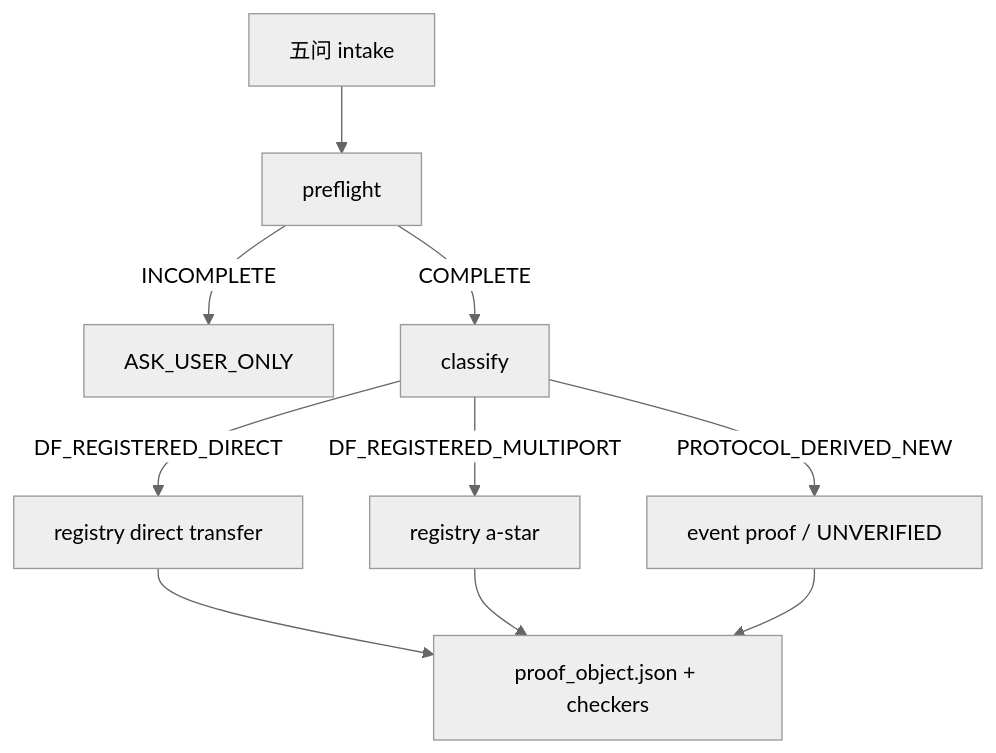
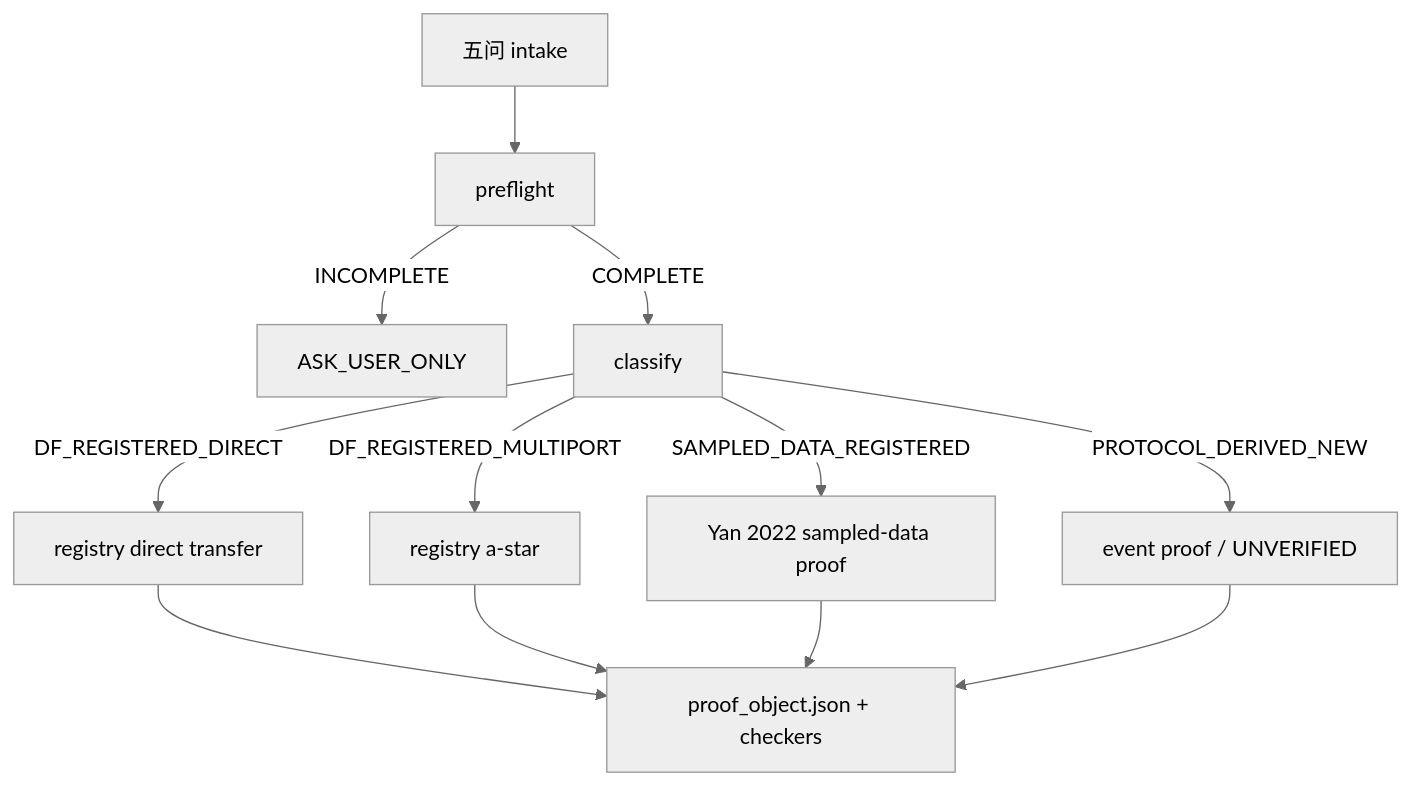
The diagram in README.md (Liuxd-1230/deriving-buck-df-transfer-functions), drawn with Mermaid (neutral theme) before and after one commit. The commit also changed other lines of this file and 81 other files, not shown here.

Commit message:
Add v0.4 Yan sampled-data registered path

````diff
--- a/README.md
+++ b/README.md
@@ -29,12 +31,14 @@
 ```mermaid
 flowchart TD
     A["五问 intake"] --> B["preflight"]
     B -->|INCOMPLETE| C["ASK_USER_ONLY"]
     B -->|COMPLETE| D["classify"]
     D -->|DF_REGISTERED_DIRECT| E["registry direct transfer"]
     D -->|DF_REGISTERED_MULTIPORT| F["registry a-star"]
+    D -->|SAMPLED_DATA_REGISTERED| S["Yan 2022 sampled-data proof"]
     D -->|PROTOCOL_DERIVED_NEW| G["event proof / UNVERIFIED"]
     E --> H["proof_object.json + checkers"]
     F --> H
+    S --> H
     G --> H
 ```
````
